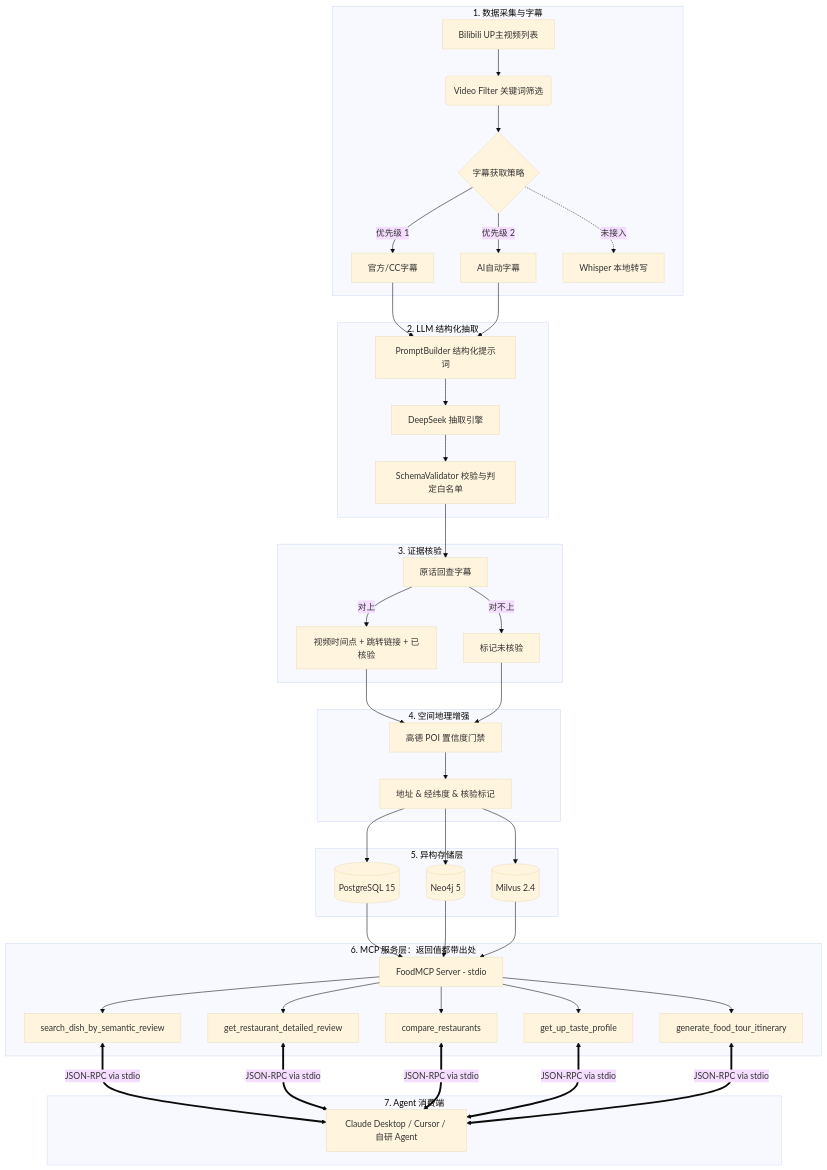
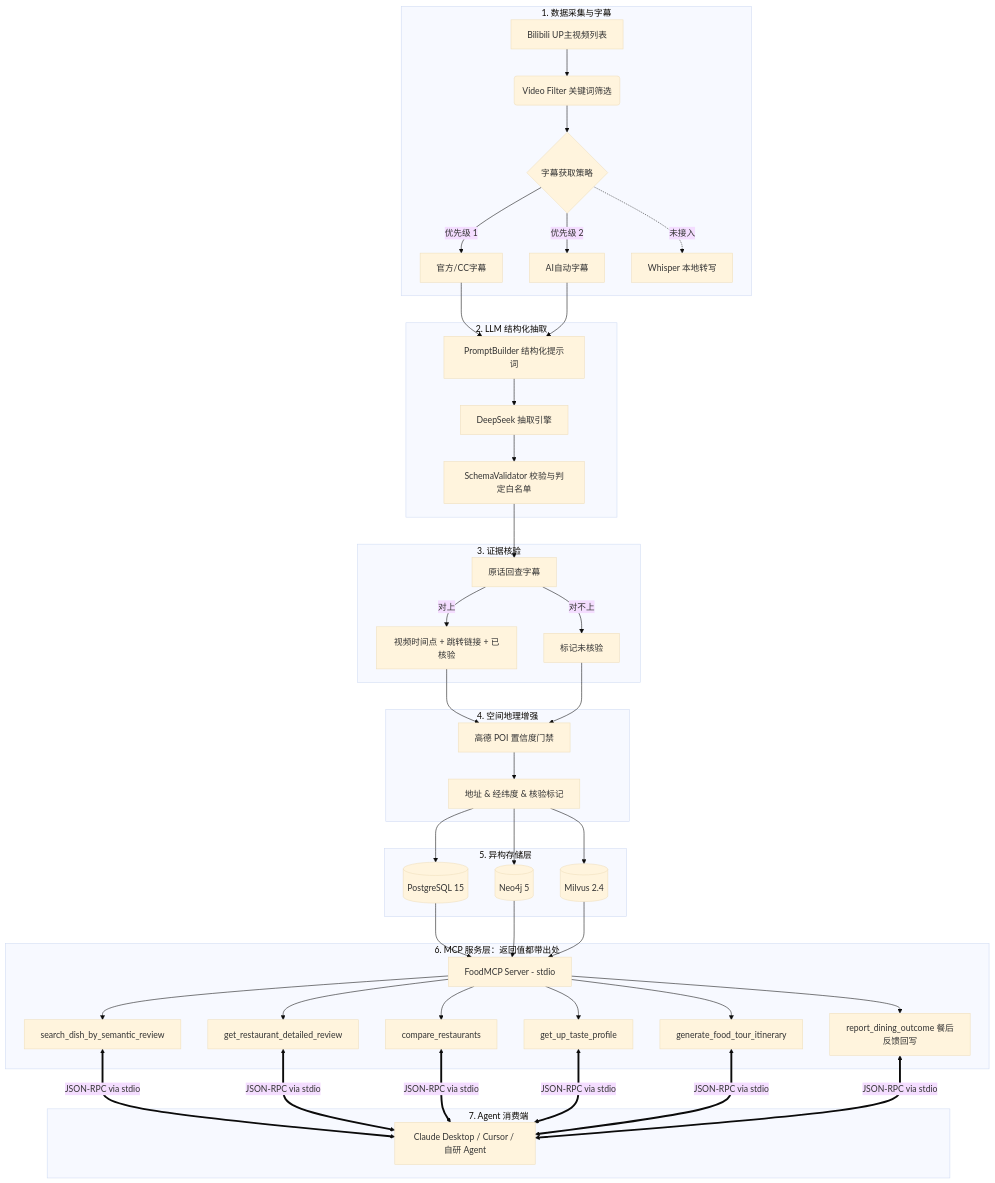
One commit to JohnMaxwell0123/FoodMCP changed the diagram in README.md. Above: the diagram before and after it, drawn with Mermaid (base theme). The commit also changed other lines of this file and 15 other files, not shown here.

First line of the commit message:
feat: Agent-collected dining feedback, north star and trust report

````diff
--- a/README.md
+++ b/README.md
@@ -69,46 +70,47 @@
 ```mermaid
 flowchart TD
     subgraph DataCollector [" 1. 数据采集与字幕 "]
         A[Bilibili UP主视频列表] --> B(Video Filter 关键词筛选)
         B --> C{字幕获取策略}
         C -->|优先级 1| D[官方/CC字幕]
         C -->|优先级 2| E[AI自动字幕]
         C -.->|未接入| F[Whisper 本地转写]
     end
 
     subgraph ExtractionLayer [" 2. LLM 结构化抽取 "]
         D & E --> G[PromptBuilder 结构化提示词]
         G --> H[DeepSeek 抽取引擎]
         H --> I[SchemaValidator 校验与判定白名单]
     end
 
     subgraph EvidenceLayer [" 3. 证据核验 "]
         I --> J[原话回查字幕]
         J -->|对上| J1[视频时间点 + 跳转链接 + 已核验]
         J -->|对不上| J2[标记未核验]
     end
 
     subgraph GeoSpatial [" 4. 空间地理增强 "]
         J1 & J2 --> K[高德 POI 置信度门禁]
         K --> L[地址 & 经纬度 & 核验标记]
     end
 
     subgraph HybridStorage [" 5. 异构存储层 "]
         L --> M[(PostgreSQL 15)]
         L --> N[(Neo4j 5)]
         L --> O[(Milvus 2.4)]
     end
 
     subgraph MCPLayer [" 6. MCP 服务层：返回值都带出处 "]
         M & N & O --> P[FoodMCP Server - stdio]
         P --> Q[search_dish_by_semantic_review]
         P --> R[get_restaurant_detailed_review]
         P --> U[compare_restaurants]
         P --> V[get_up_taste_profile]
         P --> S[generate_food_tour_itinerary]
+        P --> W[report_dining_outcome 餐后反馈回写]
     end
 
     subgraph ConsumerLayer [" 7. Agent 消费端 "]
-        Q & R & U & V & S <==>|JSON-RPC via stdio| T[Claude Desktop / Cursor / 自研 Agent]
+        Q & R & U & V & S & W <==>|JSON-RPC via stdio| T[Claude Desktop / Cursor / 自研 Agent]
     end
 ```
````
